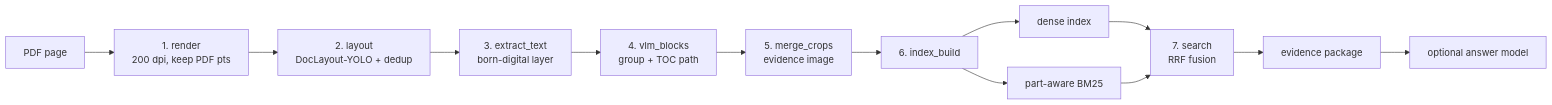
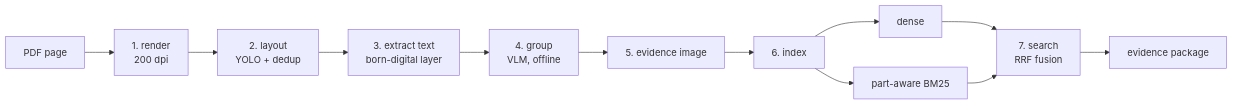
One commit to zzkws/Layout-Aware-RAG changed the diagram in README.md. Above: the diagram before and after it, drawn with Mermaid. The commit also changed other lines of this file and 16 other files, not shown here.

````diff
--- a/README.md
+++ b/README.md
@@ -63,15 +71,14 @@
 ```mermaid
 flowchart LR
-    PDF["PDF page"] --> R["1. render<br/>200 dpi, keep PDF pts"]
-    R --> L["2. layout<br/>DocLayout-YOLO + dedup"]
-    L --> X["3. extract_text<br/>born-digital layer"]
-    X --> G["4. vlm_blocks<br/>group + TOC path"]
-    G --> M["5. merge_crops<br/>evidence image"]
-    M --> I["6. index_build"]
-    I --> D["dense index"]
+    PDF["PDF page"] --> R["1. render<br/>200 dpi"]
+    R --> L["2. layout<br/>YOLO + dedup"]
+    L --> X["3. extract text<br/>born-digital layer"]
+    X --> G["4. group<br/>VLM, offline"]
+    G --> M["5. evidence image"]
+    M --> I["6. index"]
+    I --> D["dense"]
     I --> B["part-aware BM25"]
     D --> F["7. search<br/>RRF fusion"]
     B --> F
     F --> E["evidence package"]
-    E --> A["optional answer model"]
 ```
````
